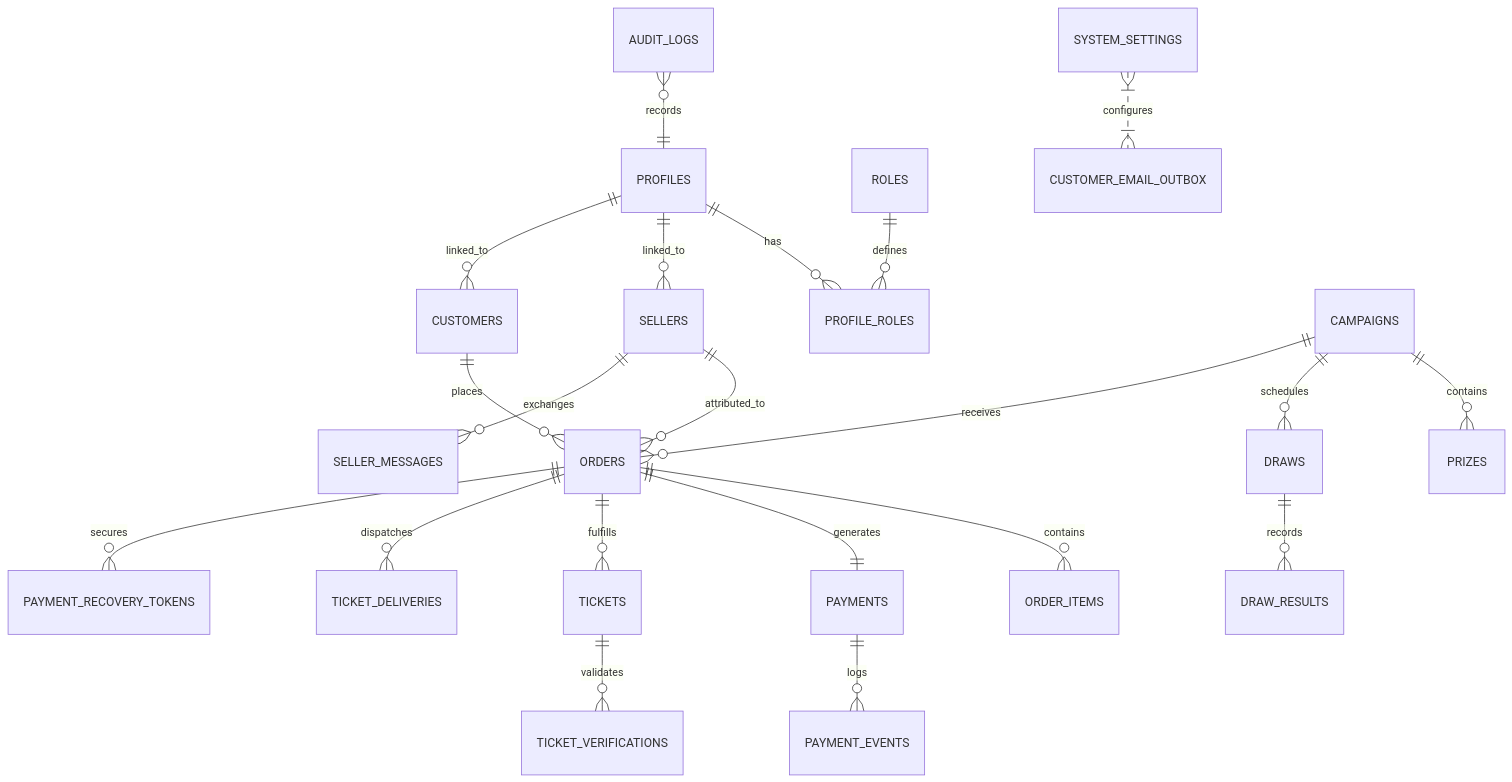
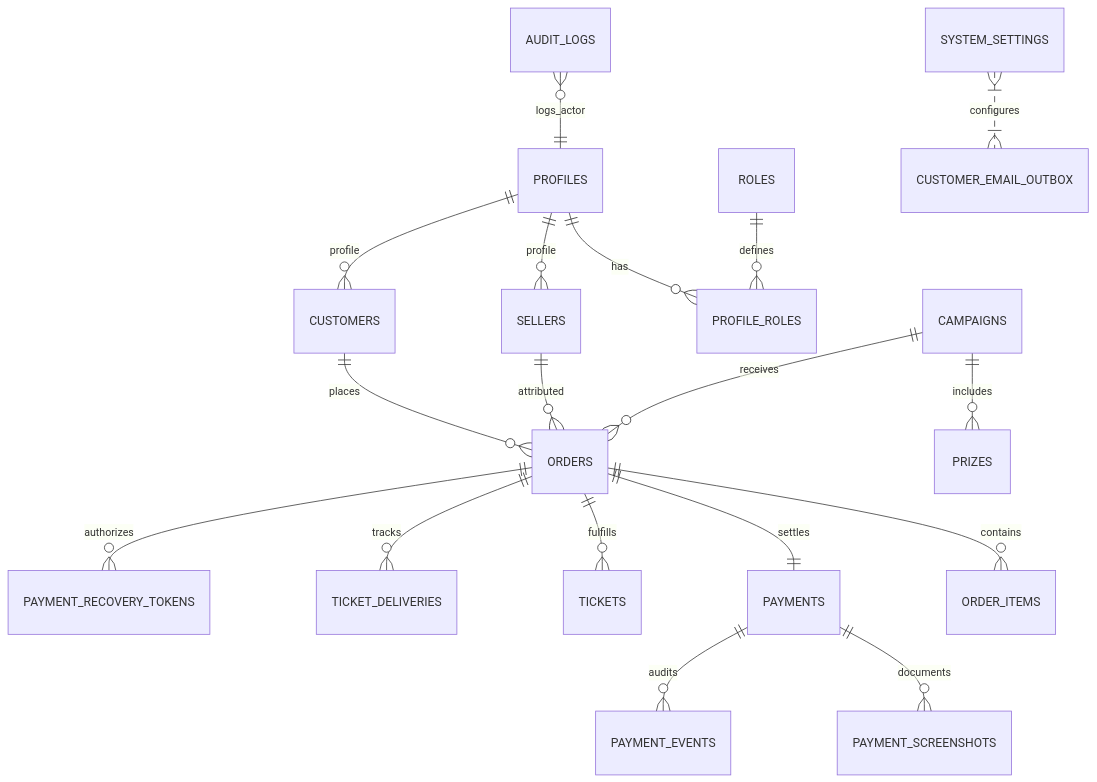
The sixth of 7 diagrams in README.md (rose1996iv/ssfiticket), drawn with Mermaid before and after one commit. The commit also changed other lines of this file and 41 other files, not shown here.

````diff
--- a/README.md
+++ b/README.md
@@ -226,23 +388,20 @@
 ```mermaid
 erDiagram
     PROFILES ||--o{ PROFILE_ROLES : has
     ROLES ||--o{ PROFILE_ROLES : defines
-    PROFILES ||--o{ SELLERS : linked_to
-    PROFILES ||--o{ CUSTOMERS : linked_to
-    CAMPAIGNS ||--o{ PRIZES : contains
-    CAMPAIGNS ||--o{ DRAWS : schedules
-    DRAWS ||--o{ DRAW_RESULTS : records
+    PROFILES ||--o{ SELLERS : profile
+    PROFILES ||--o{ CUSTOMERS : profile
+    CAMPAIGNS ||--o{ PRIZES : includes
     CAMPAIGNS ||--o{ ORDERS : receives
-    SELLERS ||--o{ ORDERS : attributed_to
-    SELLERS ||--o{ SELLER_MESSAGES : exchanges
+    SELLERS ||--o{ ORDERS : attributed
     CUSTOMERS ||--o{ ORDERS : places
     ORDERS ||--o{ ORDER_ITEMS : contains
-    ORDERS ||--|| PAYMENTS : generates
-    PAYMENTS ||--o{ PAYMENT_EVENTS : logs
+    ORDERS ||--|| PAYMENTS : settles
+    PAYMENTS ||--o{ PAYMENT_SCREENSHOTS : documents
+    PAYMENTS ||--o{ PAYMENT_EVENTS : audits
     ORDERS ||--o{ TICKETS : fulfills
-    TICKETS ||--o{ TICKET_VERIFICATIONS : validates
-    ORDERS ||--o{ TICKET_DELIVERIES : dispatches
-    ORDERS ||--o{ PAYMENT_RECOVERY_TOKENS : secures
-    AUDIT_LOGS }o--|| PROFILES : records
+    ORDERS ||--o{ TICKET_DELIVERIES : tracks
+    ORDERS ||--o{ PAYMENT_RECOVERY_TOKENS : authorizes
+    AUDIT_LOGS }o--|| PROFILES : logs_actor
     SYSTEM_SETTINGS }|..|{ CUSTOMER_EMAIL_OUTBOX : configures
 ```
````
